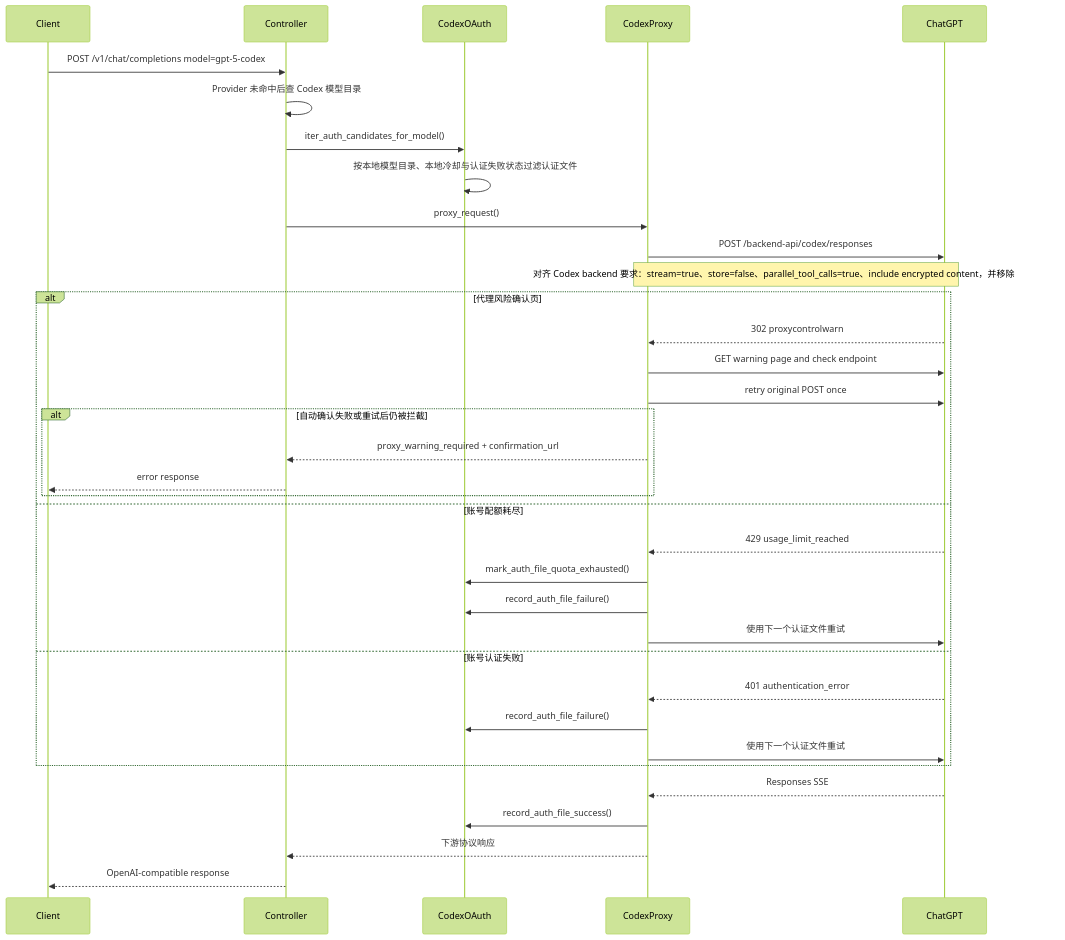
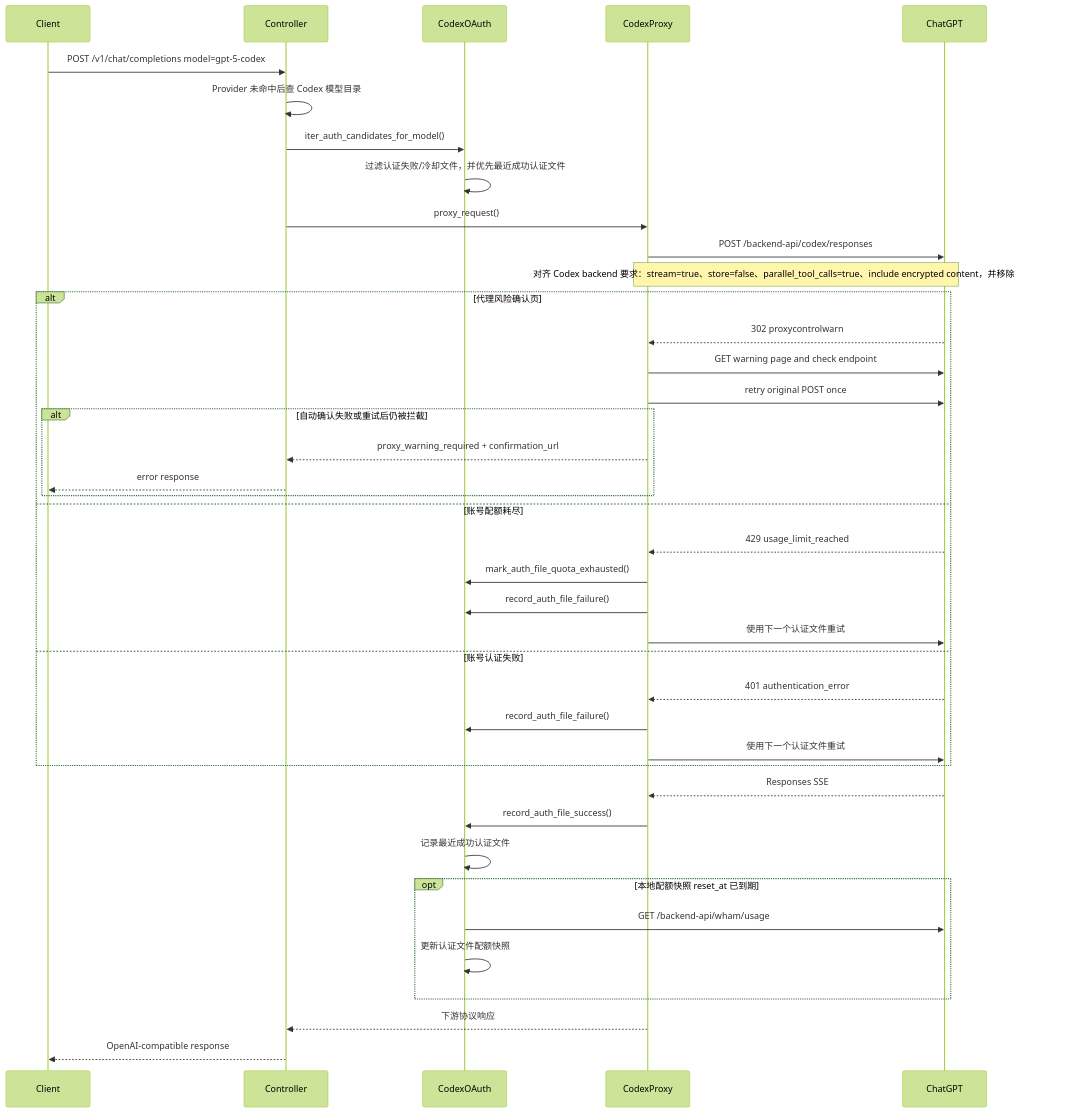
Before and after one commit to VonSdite/LLM_Proxy: the second of 3 diagrams in docs/architecture-4plus1.md, drawn with Mermaid (forest theme). The commit also changed other lines of this file and 7 other files, not shown here.

````diff
--- a/docs/architecture-4plus1.md
+++ b/docs/architecture-4plus1.md
@@ -581,38 +583,43 @@
 ```mermaid
 sequenceDiagram
     participant Client
     participant Controller
     participant CodexOAuth
     participant CodexProxy
     participant ChatGPT
 
     Client->>Controller: POST /v1/chat/completions model=gpt-5-codex
     Controller->>Controller: Provider 未命中后查 Codex 模型目录
     Controller->>CodexOAuth: iter_auth_candidates_for_model()
-    CodexOAuth->>CodexOAuth: 按本地模型目录、本地冷却与认证失败状态过滤认证文件
+    CodexOAuth->>CodexOAuth: 过滤认证失败/冷却文件，并优先最近成功认证文件
     Controller->>CodexProxy: proxy_request()
     CodexProxy->>ChatGPT: POST /backend-api/codex/responses
     Note over CodexProxy,ChatGPT: 对齐 Codex backend 要求：stream=true、store=false、parallel_tool_calls=true、include encrypted content，并移除不支持字段
     alt 代理风险确认页
         ChatGPT-->>CodexProxy: 302 proxycontrolwarn
         CodexProxy->>ChatGPT: GET warning page and check endpoint
         CodexProxy->>ChatGPT: retry original POST once
         alt 自动确认失败或重试后仍被拦截
             CodexProxy-->>Controller: proxy_warning_required + confirmation_url
             Controller-->>Client: error response
         end
     else 账号配额耗尽
         ChatGPT-->>CodexProxy: 429 usage_limit_reached
         CodexProxy->>CodexOAuth: mark_auth_file_quota_exhausted()
         CodexProxy->>CodexOAuth: record_auth_file_failure()
         CodexProxy->>ChatGPT: 使用下一个认证文件重试
     else 账号认证失败
         ChatGPT-->>CodexProxy: 401 authentication_error
         CodexProxy->>CodexOAuth: record_auth_file_failure()
         CodexProxy->>ChatGPT: 使用下一个认证文件重试
     end
     ChatGPT-->>CodexProxy: Responses SSE
     CodexProxy->>CodexOAuth: record_auth_file_success()
+    CodexOAuth->>CodexOAuth: 记录最近成功认证文件
+    opt 本地配额快照 reset_at 已到期
+        CodexOAuth->>ChatGPT: GET /backend-api/wham/usage
+        CodexOAuth->>CodexOAuth: 更新认证文件配额快照
+    end
     CodexProxy-->>Controller: 下游协议响应
     Controller-->>Client: OpenAI-compatible response
 ```
````
